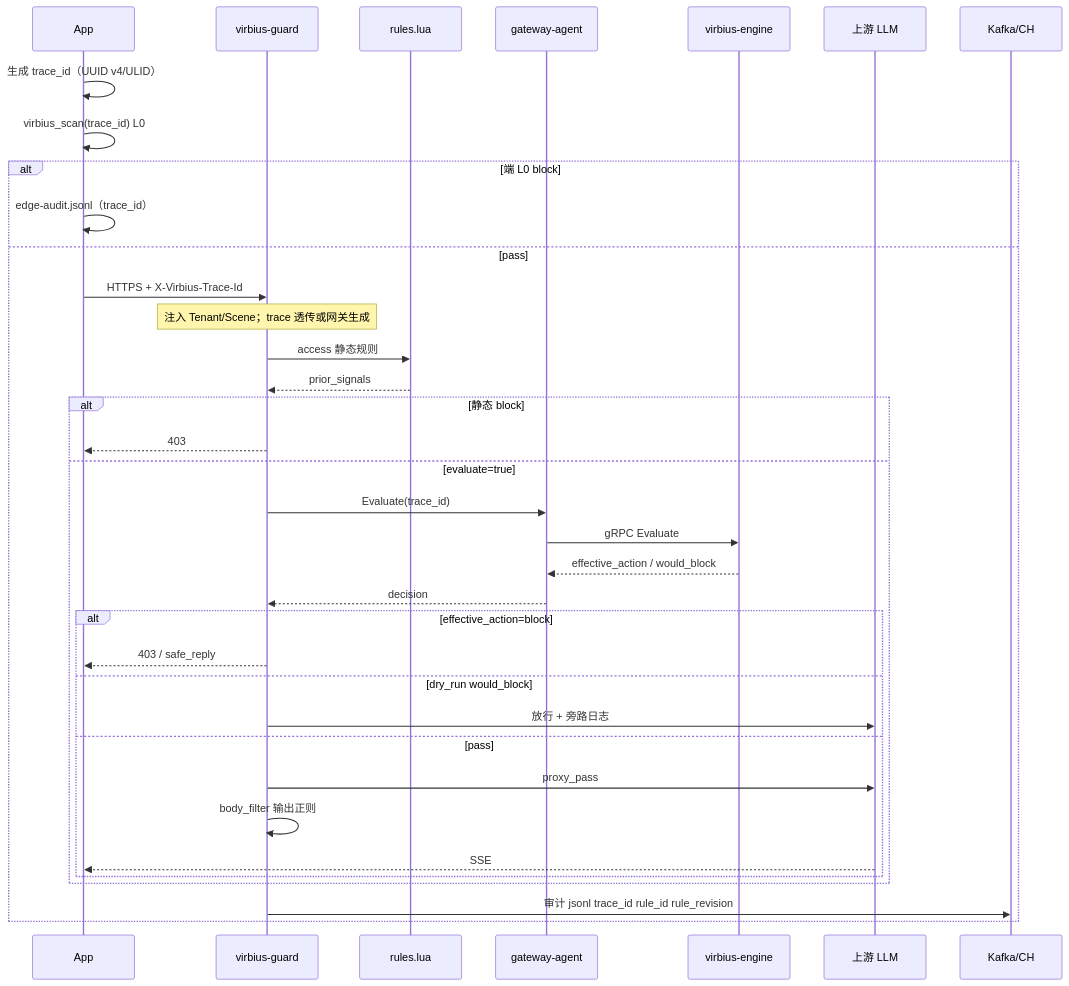
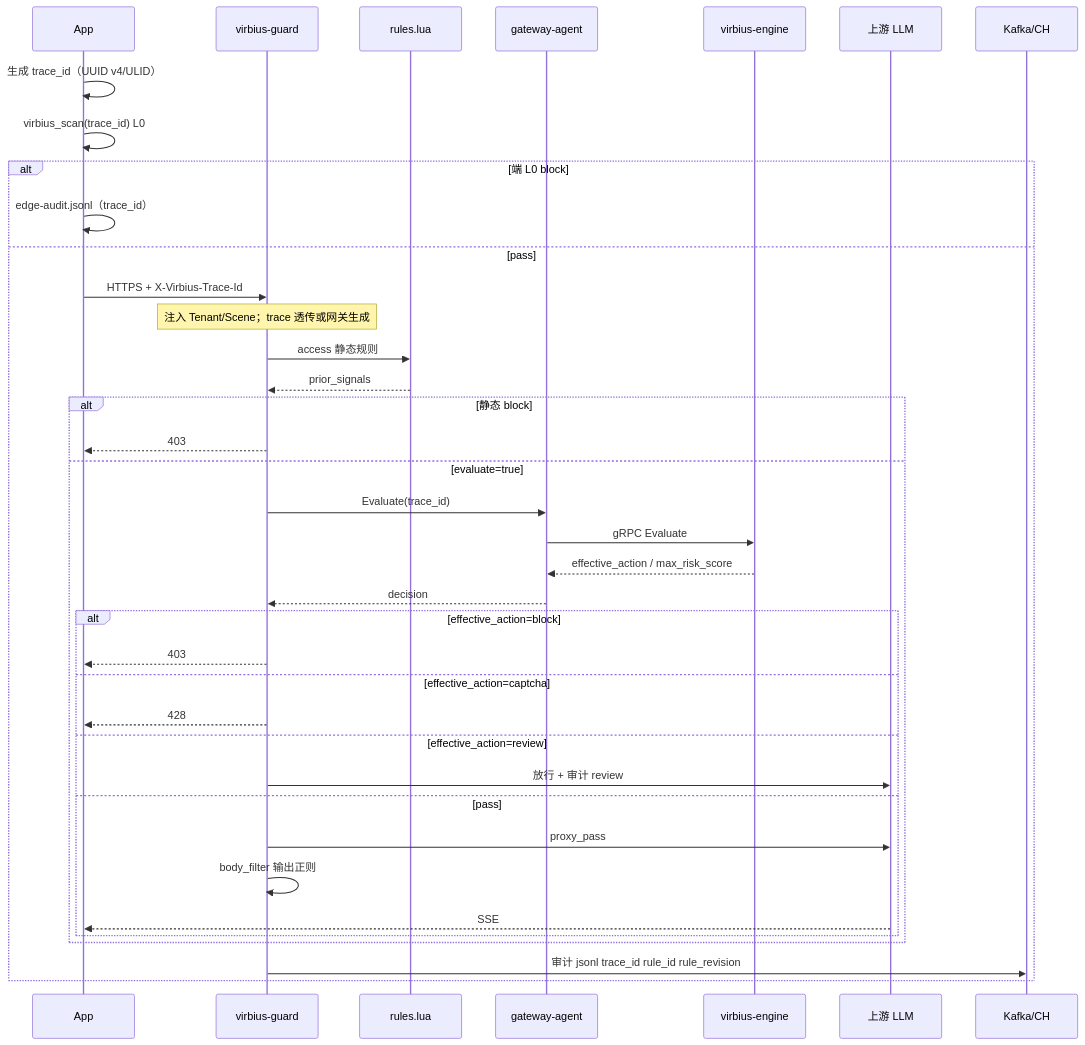
One commit to i1see1you/VirbiusLLM changed the third of 5 diagrams in docs/DESIGN.md. Above: the diagram before and after it, drawn with Mermaid. The commit also changed other lines of this file and 104 other files, not shown here.

````diff
--- a/docs/DESIGN.md
+++ b/docs/DESIGN.md
@@ -220,39 +234,41 @@
 ```mermaid
 sequenceDiagram
   participant App as App
   participant GW as virbius-guard
   participant Lua as rules.lua
   participant Ag as gateway-agent
   participant Eng as virbius-engine
   participant LLM as 上游 LLM
   participant CH as Kafka/CH
 
   App->>App: 生成 trace_id（UUID v4/ULID）
   App->>App: virbius_scan(trace_id) L0
   alt 端 L0 block
     App->>App: edge-audit.jsonl（trace_id）
   else pass
     App->>GW: HTTPS + X-Virbius-Trace-Id
     Note over GW: 注入 Tenant/Scene；trace 透传或网关生成
     GW->>Lua: access 静态规则
     Lua-->>GW: prior_signals
     alt 静态 block
       GW-->>App: 403
     else evaluate=true
       GW->>Ag: Evaluate(trace_id)
       Ag->>Eng: gRPC Evaluate
-      Eng-->>Ag: effective_action / would_block
+      Eng-->>Ag: effective_action / max_risk_score
       Ag-->>GW: decision
       alt effective_action=block
-        GW-->>App: 403 / safe_reply
-      else dry_run would_block
-        GW->>LLM: 放行 + 旁路日志
+        GW-->>App: 403
+      else effective_action=captcha
+        GW-->>App: 428
+      else effective_action=review
+        GW->>LLM: 放行 + 审计 review
       else pass
         GW->>LLM: proxy_pass
         GW->>GW: body_filter 输出正则
         LLM-->>App: SSE
       end
     end
     GW->>CH: 审计 jsonl trace_id rule_id rule_revision
   end
 ```
````
